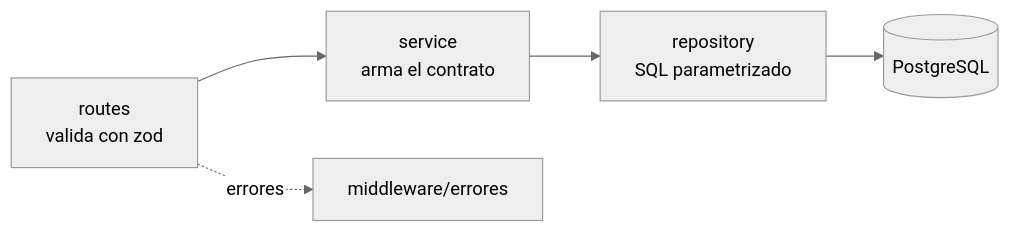
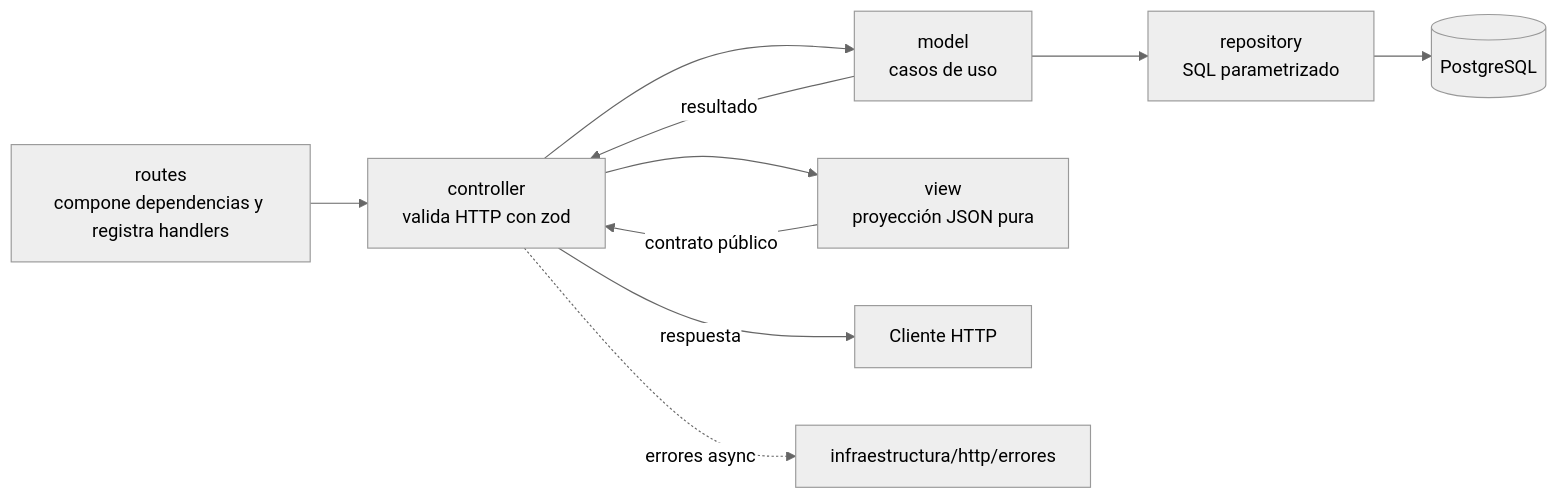
Before and after one commit to IanSwan212/juniorAstronautMissionTrainer_JIIMATZIN: the third of 4 diagrams in docs/02-arquitectura.md, drawn with Mermaid (neutral theme). The commit also changed other lines of this file and 39 other files, not shown here.

````diff
--- a/docs/02-arquitectura.md
+++ b/docs/02-arquitectura.md
@@ -64,5 +66,11 @@
 ```mermaid
 flowchart LR
-    R[routes<br/>valida con zod] --> SV[service<br/>arma el contrato] --> RP[repository<br/>SQL parametrizado] --> PG[(PostgreSQL)]
-    R -. errores .-> M[middleware/errores]
+    R[routes<br/>compone dependencias y registra handlers] --> C[controller<br/>valida HTTP con zod]
+    C --> M[model<br/>casos de uso]
+    M --> RP[repository<br/>SQL parametrizado] --> PG[(PostgreSQL)]
+    M -- resultado --> C
+    C --> V[view<br/>proyección JSON pura]
+    V -- contrato público --> C
+    C -- respuesta --> HTTP[Cliente HTTP]
+    C -. errores async .-> E[infraestructura/http/errores]
 ```
````
